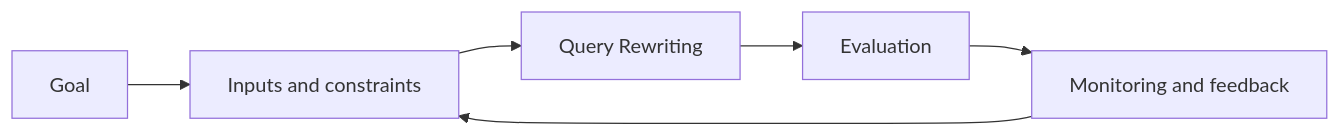
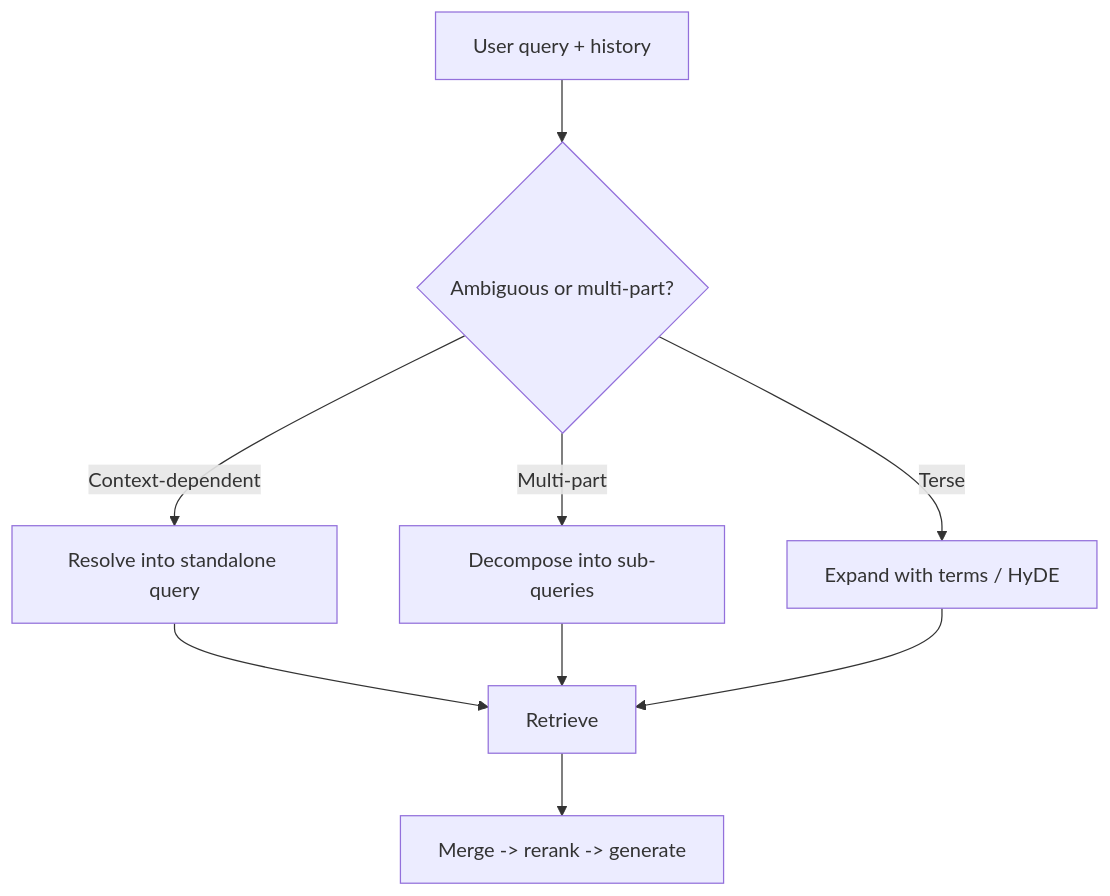
Before and after one commit to Icon1cc/Machine-Learning: the diagram in rag/08-query-rewriting.md, drawn with Mermaid. The commit also changed other lines of this file and 118 other files, not shown here.

````diff
--- a/rag/08-query-rewriting.md
+++ b/rag/08-query-rewriting.md
@@ -93,8 +70,11 @@
 ```mermaid
-flowchart LR
-    A[Goal] --> B[Inputs and constraints]
-    B --> C[Query Rewriting]
-    C --> D[Evaluation]
-    D --> E[Monitoring and feedback]
-    E --> B
+flowchart TD
+    A[User query + history] --> B{Ambiguous or multi-part?}
+    B -- Context-dependent --> C[Resolve into standalone query]
+    B -- Multi-part --> D[Decompose into sub-queries]
+    B -- Terse --> E[Expand with terms / HyDE]
+    C --> F[Retrieve]
+    D --> F
+    E --> F
+    F --> G[Merge -> rerank -> generate]
 ```
````
